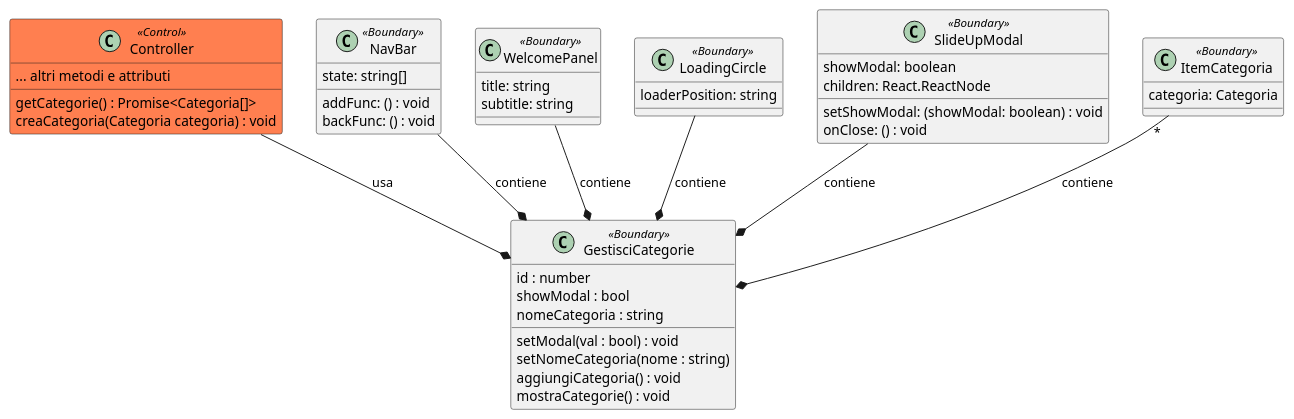
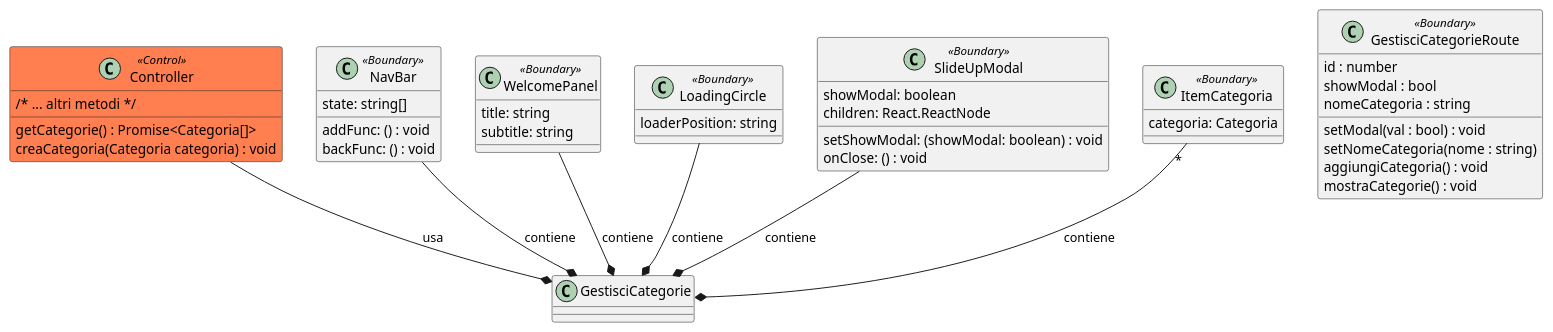
Before and after one commit to macro21KGB/Esame-INGSW-22-23: the diagram in diagrams/PUML/routes/GestisciCategorie.puml, drawn with PlantUML. The commit also changed 9 other files, not shown here.

```diff
--- a/diagrams/PUML/routes/GestisciCategorie.puml
+++ b/diagrams/PUML/routes/GestisciCategorie.puml
@@ -1,64 +1,64 @@
 @startuml
 
 
 class Controller <<Control>> #coral{
-... altri metodi e attributi
+/* ... altri metodi */
 getCategorie() : Promise<Categoria[]>
 creaCategoria(Categoria categoria) : void 
 }
 
-class GestisciCategorie<<Boundary>> {
+class GestisciCategorieRoute<<Boundary>> {
  id : number
  showModal : bool
 setModal(val : bool) : void
 nomeCategoria : string 
 setNomeCategoria(nome : string)
 aggiungiCategoria() : void
 mostraCategorie() : void
 
 }
 
 
 class NavBar <<Boundary>> {
 
 	addFunc: () : void
 	backFunc: () : void
 	state: string[]
 }
 
 
 
 class WelcomePanel <<Boundary>> {
 
     title: string
     subtitle: string
 
 }
 
 class LoadingCircle <<Boundary>> {
 
 	loaderPosition: string
 
 }
 
 class SlideUpModal <<Boundary>> {
 
 	showModal: boolean
 	setShowModal: (showModal: boolean) : void
 	children: React.ReactNode
 	onClose: () : void
 
 }
 
 class ItemCategoria <<Boundary>> {
 
     categoria: Categoria
 
 }
 ItemCategoria "*"--* GestisciCategorie: contiene
 SlideUpModal --* GestisciCategorie: contiene
 WelcomePanel--* GestisciCategorie: contiene
 NavBar --* GestisciCategorie: contiene
 LoadingCircle --* GestisciCategorie: contiene
 Controller --* GestisciCategorie: usa
 @enduml
```
